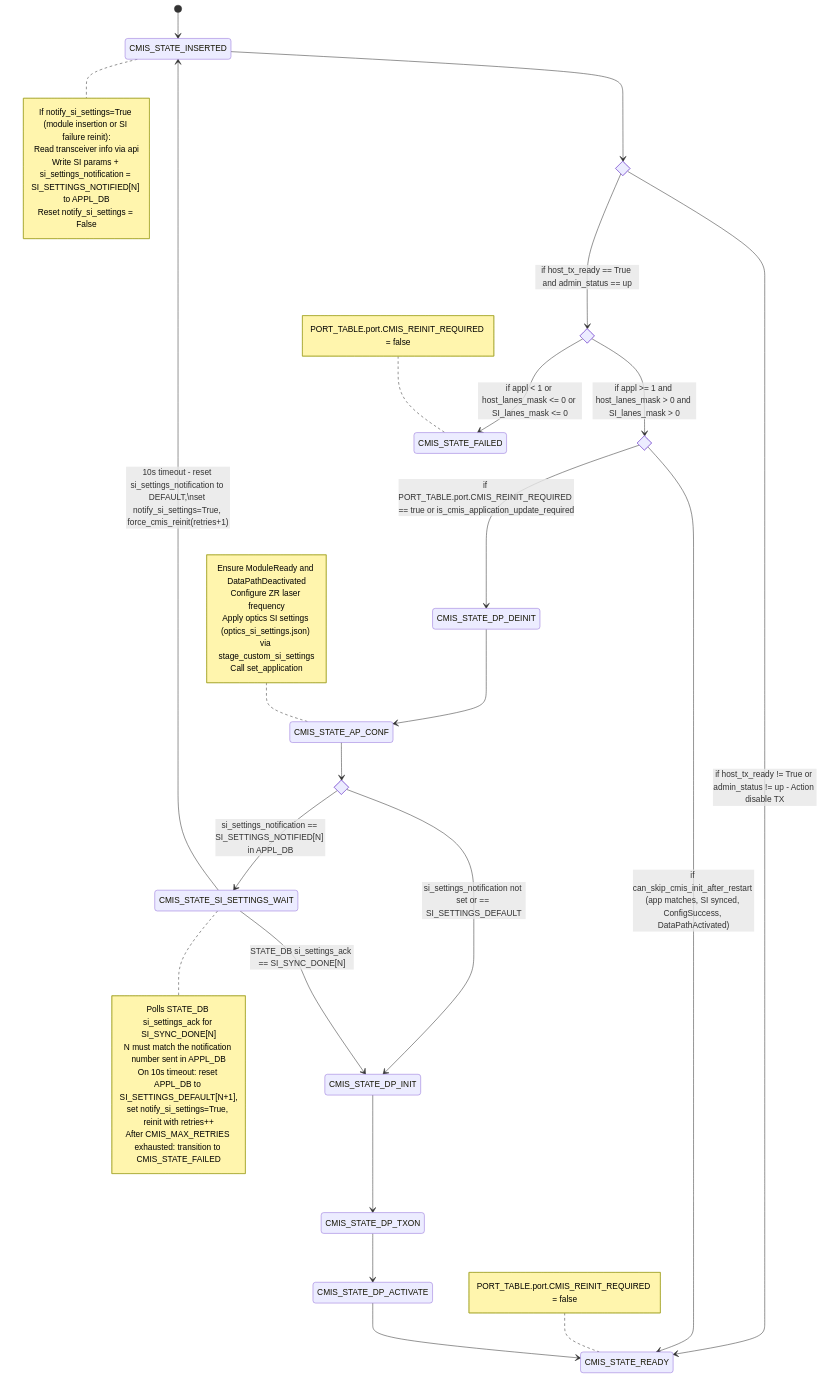
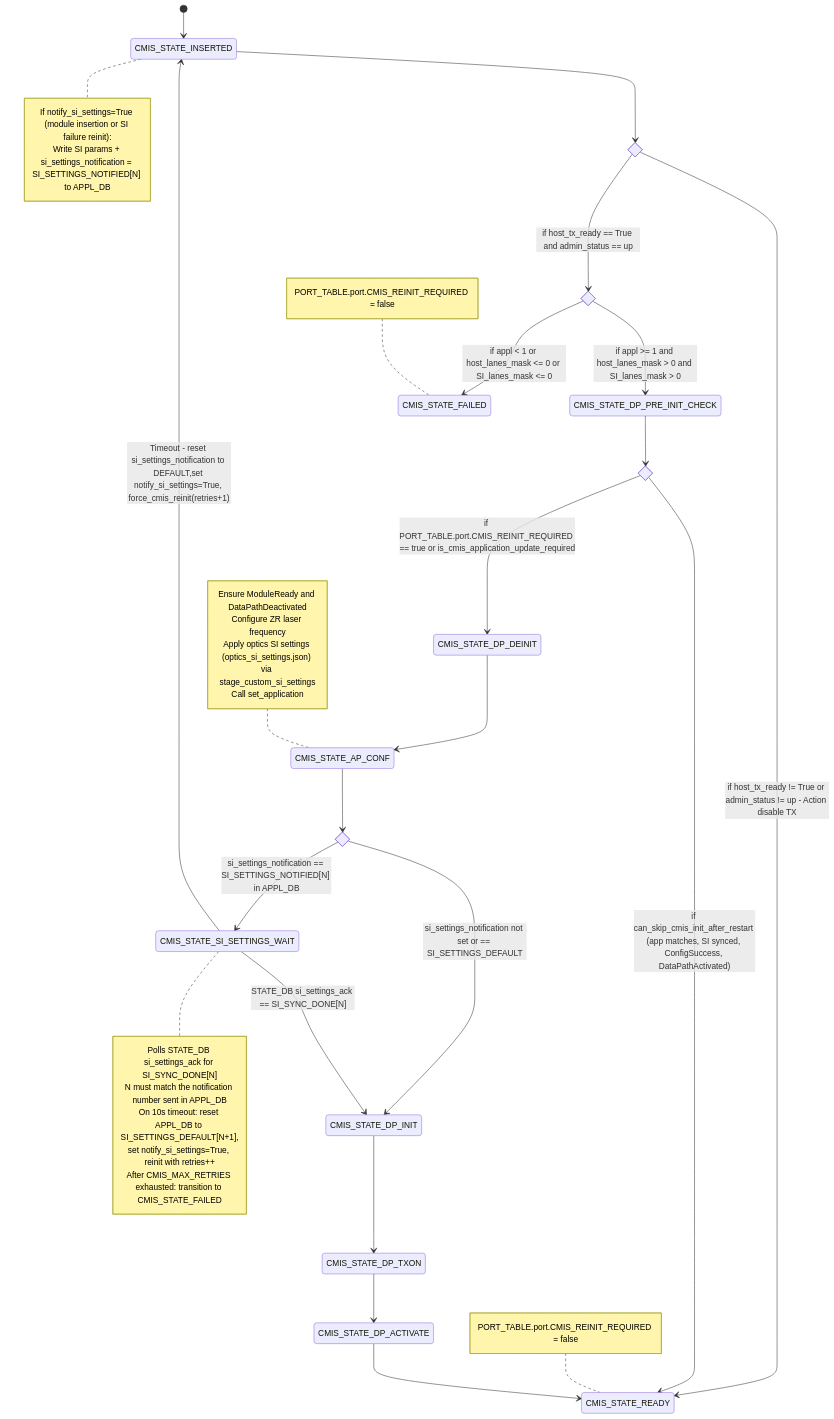
One commit to sonic-net/SONiC changed the fourth of 6 diagrams in doc/sfp-cmis/Interface-Link-bring-up-sequence.md. Above: the diagram before and after it, drawn with Mermaid. The commit also changed other lines of this file, not shown here.

````diff
--- a/doc/sfp-cmis/Interface-Link-bring-up-sequence.md
+++ b/doc/sfp-cmis/Interface-Link-bring-up-sequence.md
@@ -377,47 +377,46 @@
 ```mermaid
 stateDiagram-v2
     [*] --> CMIS_STATE_INSERTED
     state if_state <<choice>>
     state if_state2 <<choice>>
     state if_state3 <<choice>>
     state if_state4 <<choice>>
     CMIS_STATE_INSERTED --> if_state
     note right of CMIS_STATE_INSERTED
         If notify_si_settings=True (module insertion or SI failure reinit):
-          Read transceiver info via api
           Write SI params + si_settings_notification = SI_SETTINGS_NOTIFIED[N] to APPL_DB
-          Reset notify_si_settings = False
     end note
     if_state --> CMIS_STATE_READY : if host_tx_ready != True or admin_status != up - Action disable TX
     if_state --> if_state2 : if host_tx_ready == True and admin_status == up
-    if_state2 --> if_state4 : if appl >= 1 and host_lanes_mask > 0 and SI_lanes_mask > 0
+    if_state2 --> CMIS_STATE_DP_PRE_INIT_CHECK : if appl >= 1 and host_lanes_mask > 0 and SI_lanes_mask > 0
     if_state2 --> CMIS_STATE_FAILED : if appl < 1 or host_lanes_mask <= 0 or SI_lanes_mask <= 0
     note left of CMIS_STATE_FAILED : PORT_TABLE.port.CMIS_REINIT_REQUIRED = false
+
+    CMIS_STATE_DP_PRE_INIT_CHECK --> if_state4
     if_state4 --> CMIS_STATE_READY : if can_skip_cmis_init_after_restart (app matches, SI synced, ConfigSuccess, DataPathActivated)
     note left of CMIS_STATE_READY : PORT_TABLE.port.CMIS_REINIT_REQUIRED = false
     if_state4 --> CMIS_STATE_DP_DEINIT : if PORT_TABLE.port.CMIS_REINIT_REQUIRED == true or is_cmis_application_update_required
-
     CMIS_STATE_DP_DEINIT --> CMIS_STATE_AP_CONF
 
     note left of CMIS_STATE_AP_CONF
         Ensure ModuleReady and DataPathDeactivated
         Configure ZR laser frequency
         Apply optics SI settings (optics_si_settings.json) via stage_custom_si_settings
         Call set_application
     end note
     CMIS_STATE_AP_CONF --> if_state3
     if_state3 --> CMIS_STATE_SI_SETTINGS_WAIT : si_settings_notification == SI_SETTINGS_NOTIFIED[N] in APPL_DB
     if_state3 --> CMIS_STATE_DP_INIT : si_settings_notification not set or == SI_SETTINGS_DEFAULT
     CMIS_STATE_SI_SETTINGS_WAIT --> CMIS_STATE_DP_INIT : STATE_DB si_settings_ack == SI_SYNC_DONE[N]
-    CMIS_STATE_SI_SETTINGS_WAIT --> CMIS_STATE_INSERTED : 10s timeout - reset si_settings_notification to DEFAULT,\nset notify_si_settings=True, force_cmis_reinit(retries+1)
+    CMIS_STATE_SI_SETTINGS_WAIT --> CMIS_STATE_INSERTED : Timeout - reset si_settings_notification to DEFAULT,set notify_si_settings=True, force_cmis_reinit(retries+1)
     note right of CMIS_STATE_SI_SETTINGS_WAIT
         Polls STATE_DB si_settings_ack for SI_SYNC_DONE[N]
         N must match the notification number sent in APPL_DB
         On 10s timeout: reset APPL_DB to SI_SETTINGS_DEFAULT[N+1],
         set notify_si_settings=True, reinit with retries++
         After CMIS_MAX_RETRIES exhausted: transition to CMIS_STATE_FAILED
     end note
     CMIS_STATE_DP_INIT --> CMIS_STATE_DP_TXON
     CMIS_STATE_DP_TXON --> CMIS_STATE_DP_ACTIVATE
     CMIS_STATE_DP_ACTIVATE --> CMIS_STATE_READY
 ```
````
